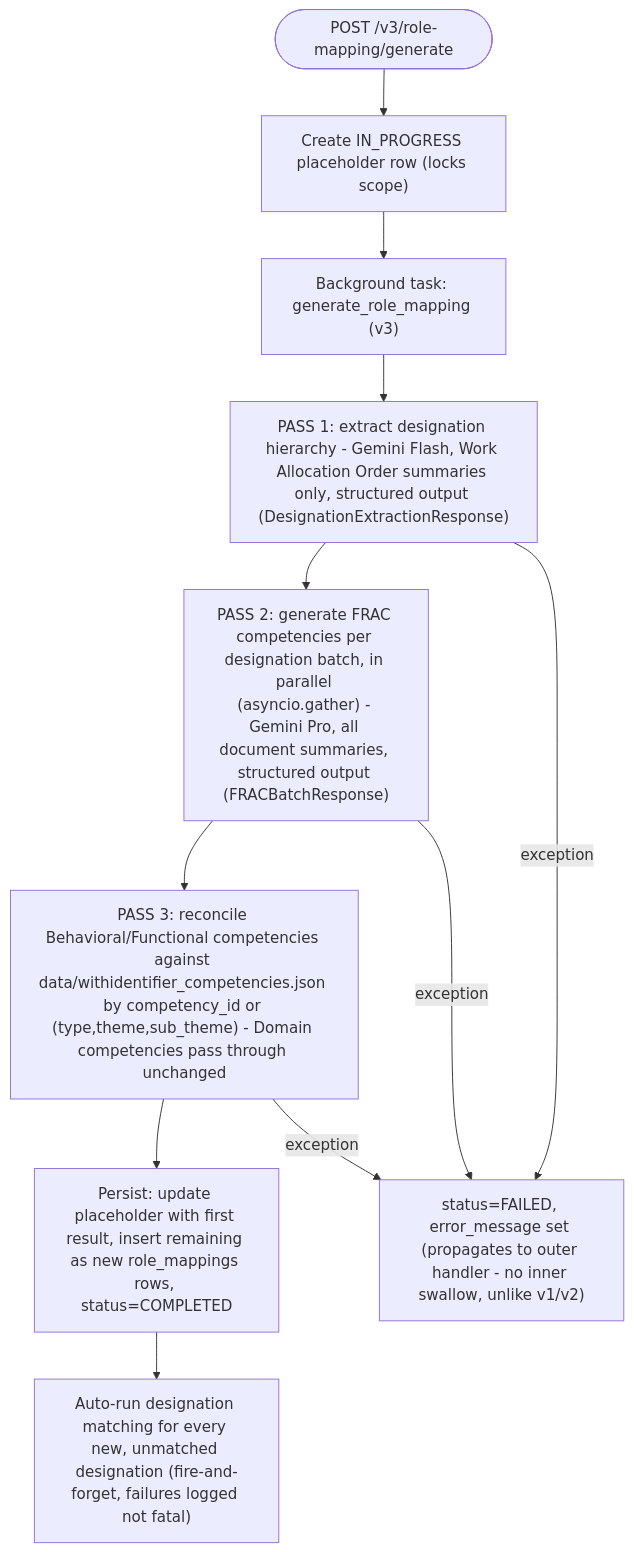
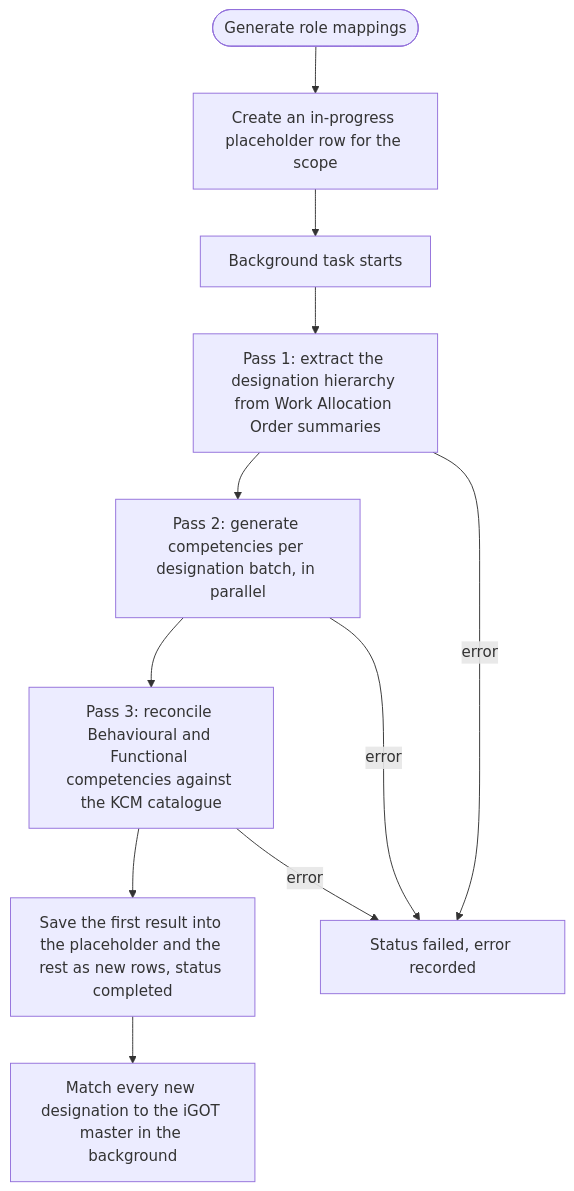
One commit to KB-iGOT/igot-docs changed the second of 12 diagrams in docs/learning-hub/ai-cbp-tool/lld.md. Above: the diagram before and after it, drawn with Mermaid. The commit also changed other lines of this file and 18 other files, not shown here.

First line of the commit message:
docs(ai-cbp-tool): restructure the LLD with validation flows and real routes

````diff
--- a/docs/learning-hub/ai-cbp-tool/lld.md
+++ b/docs/learning-hub/ai-cbp-tool/lld.md
@@ -107,13 +514,13 @@
 ```mermaid
 flowchart TD
-    Start(["POST /v3/role-mapping/generate"]) --> Placeholder["Create IN_PROGRESS placeholder row (locks scope)"]
-    Placeholder --> BG["Background task: generate_role_mapping (v3)"]
-    BG --> Pass1["PASS 1: extract designation hierarchy - Gemini Flash, Work Allocation Order summaries only, structured output (DesignationExtractionResponse)"]
-    Pass1 --> Pass2["PASS 2: generate FRAC competencies per designation batch, in parallel (asyncio.gather) - Gemini Pro, all document summaries, structured output (FRACBatchResponse)"]
-    Pass2 --> Pass3["PASS 3: reconcile Behavioral/Functional competencies against data/withidentifier_competencies.json by competency_id or (type,theme,sub_theme) - Domain competencies pass through unchanged"]
-    Pass3 --> Persist["Persist: update placeholder with first result, insert remaining as new role_mappings rows, status=COMPLETED"]
-    Persist --> AutoMatch["Auto-run designation matching for every new, unmatched designation (fire-and-forget, failures logged not fatal)"]
-    Pass1 -->|exception| Fail["status=FAILED, error_message set (propagates to outer handler - no inner swallow, unlike v1/v2)"]
-    Pass2 -->|exception| Fail
-    Pass3 -->|exception| Fail
+    Start(["Generate role mappings"]) --> Placeholder["Create an in-progress placeholder row for the scope"]
+    Placeholder --> BG["Background task starts"]
+    BG --> Pass1["Pass 1: extract the designation hierarchy from Work Allocation Order summaries"]
+    Pass1 --> Pass2["Pass 2: generate competencies per designation batch, in parallel"]
+    Pass2 --> Pass3["Pass 3: reconcile Behavioural and Functional competencies against the KCM catalogue"]
+    Pass3 --> Persist["Save the first result into the placeholder and the rest as new rows, status completed"]
+    Persist --> AutoMatch["Match every new designation to the iGOT master in the background"]
+    Pass1 -->|error| Fail["Status failed, error recorded"]
+    Pass2 -->|error| Fail
+    Pass3 -->|error| Fail
 ```
````
